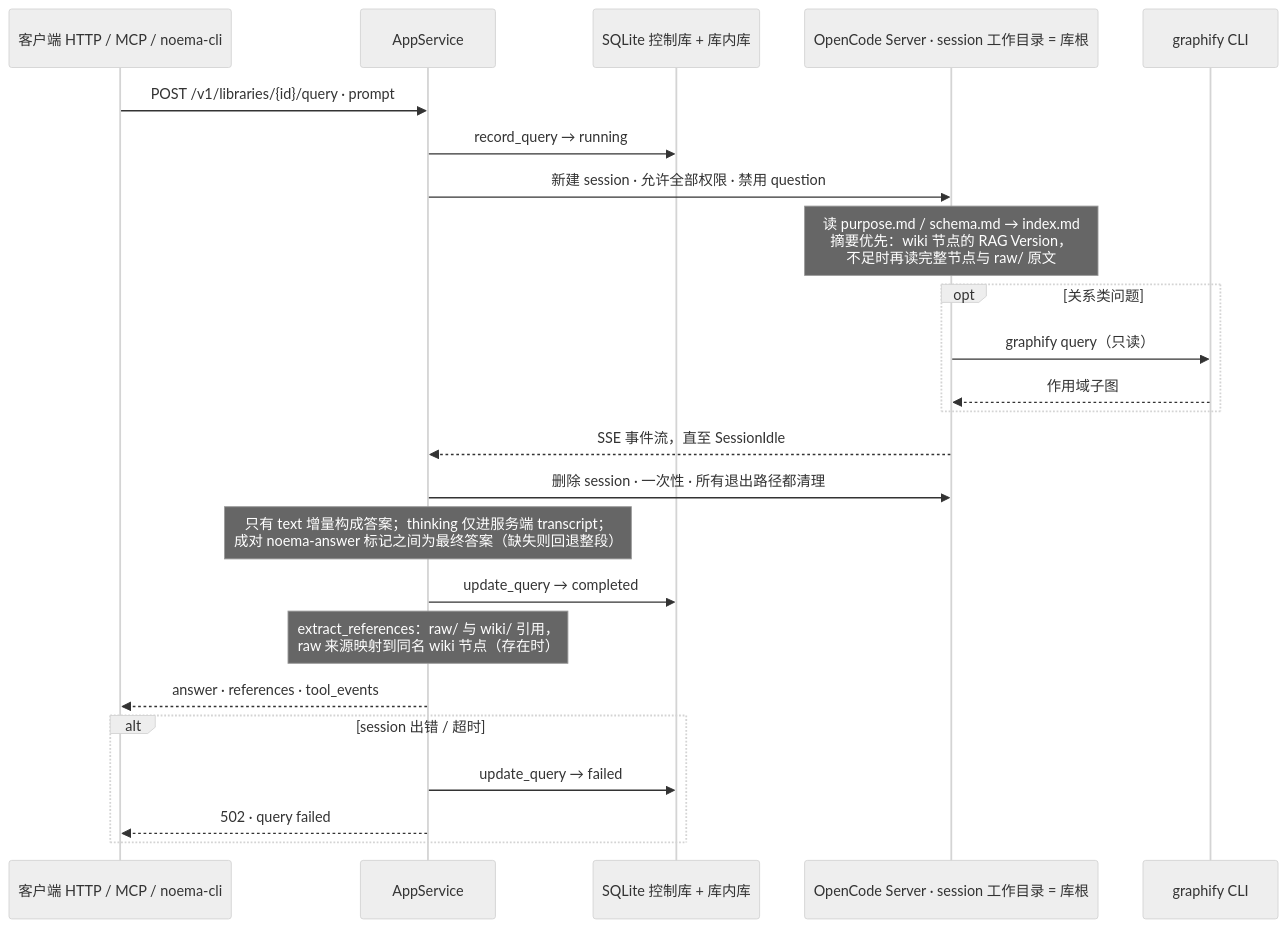
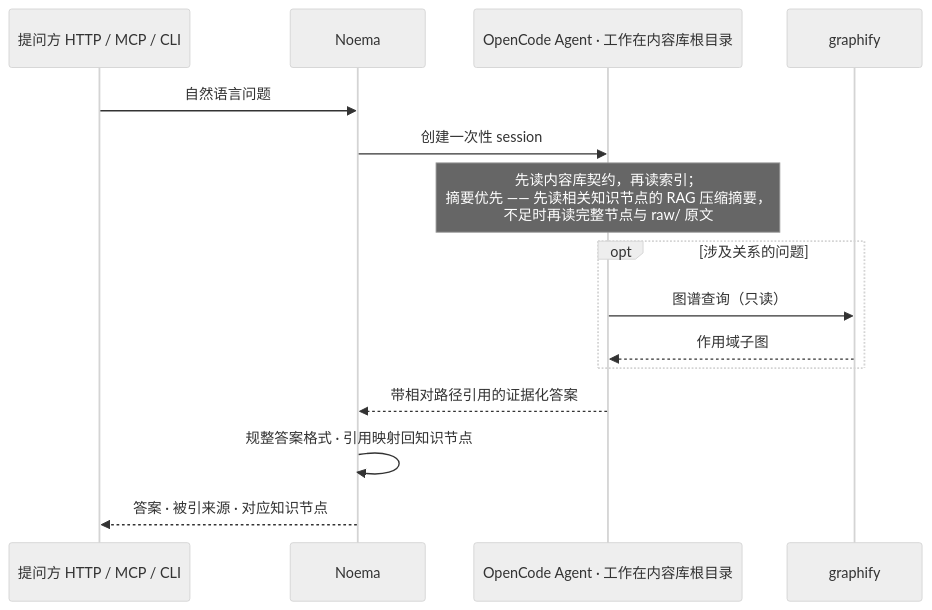
One commit to xutianyi1999/noema changed the third of 5 diagrams in README.md. Above: the diagram before and after it, drawn with Mermaid (neutral theme). The commit also changed other lines of this file, not shown here.

````diff
--- a/README.md
+++ b/README.md
@@ -99,28 +126,18 @@
 ```mermaid
 sequenceDiagram
-    participant C as 客户端 HTTP / MCP / noema-cli
-    participant S as AppService
-    participant DB as SQLite 控制库 + 库内库
-    participant OC as OpenCode Server · session 工作目录 = 库根
-    participant G as graphify CLI
+    participant U as 提问方 HTTP / MCP / CLI
+    participant N as Noema
+    participant A as OpenCode Agent · 工作在内容库根目录
+    participant G as graphify
 
-    C->>S: POST /v1/libraries/{id}/query · prompt
-    S->>DB: record_query → running
-    S->>OC: 新建 session · 允许全部权限 · 禁用 question
-    Note over OC: 读 purpose.md / schema.md → index.md<br/>摘要优先：wiki 节点的 RAG Version，<br/>不足时再读完整节点与 raw/ 原文
-    opt 关系类问题
-        OC->>G: graphify query（只读）
-        G-->>OC: 作用域子图
+    U->>N: 自然语言问题
+    N->>A: 创建一次性 session
+    Note over A: 先读内容库契约，再读索引；<br/>摘要优先 —— 先读相关知识节点的 RAG 压缩摘要，<br/>不足时再读完整节点与 raw/ 原文
+    opt 涉及关系的问题
+        A->>G: 图谱查询（只读）
+        G-->>A: 作用域子图
     end
-    OC-->>S: SSE 事件流，直至 SessionIdle
-    S->>OC: 删除 session · 一次性 · 所有退出路径都清理
-    Note over S: 只有 text 增量构成答案；thinking 仅进服务端 transcript；<br/>成对 noema-answer 标记之间为最终答案（缺失则回退整段）
-    S->>DB: update_query → completed
-    Note over S: extract_references：raw/ 与 wiki/ 引用，<br/>raw 来源映射到同名 wiki 节点（存在时）
-    S-->>C: answer · references · tool_events
-
-    alt session 出错 / 超时
-        S->>DB: update_query → failed
-        S-->>C: 502 · query failed
-    end
+    A-->>N: 带相对路径引用的证据化答案
+    N->>N: 规整答案格式 · 引用映射回知识节点
+    N-->>U: 答案 · 被引来源 · 对应知识节点
 ```
````
